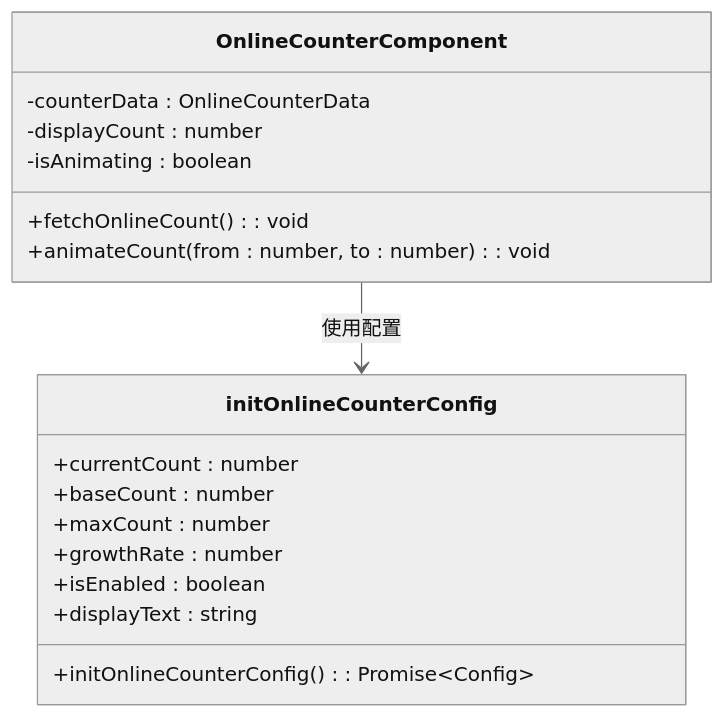
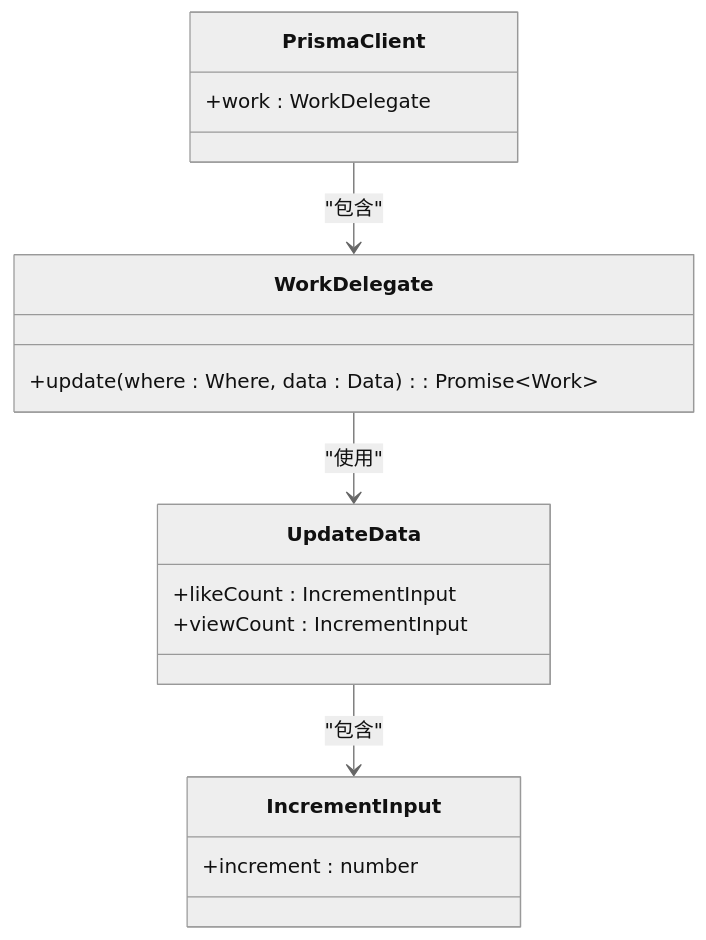
One commit to Eyre921/yunqi changed the third of 4 diagrams in .qoder/repowiki/zh/content/核心功能/互动功能.md. Above: the diagram before and after it, drawn with Mermaid (neutral theme). The commit also changed other lines of this file and 24 other files, not shown here.

````diff
--- a/.qoder/repowiki/zh/content/核心功能/互动功能.md
+++ b/.qoder/repowiki/zh/content/核心功能/互动功能.md
@@ -125,20 +96,19 @@
 ```mermaid
 classDiagram
-class initOnlineCounterConfig {
-+currentCount : number
-+baseCount : number
-+maxCount : number
-+growthRate : number
-+isEnabled : boolean
-+displayText : string
-+initOnlineCounterConfig() : Promise~Config~
+class PrismaClient {
++work : WorkDelegate
 }
-class OnlineCounterComponent {
--counterData : OnlineCounterData
--displayCount : number
--isAnimating : boolean
-+fetchOnlineCount() : void
-+animateCount(from : number, to : number) : void
+class WorkDelegate {
++update(where : Where, data : Data) : Promise~Work~
 }
-OnlineCounterComponent --> initOnlineCounterConfig : 使用配置
+class UpdateData {
++likeCount : IncrementInput
++viewCount : IncrementInput
+}
+class IncrementInput {
++increment : number
+}
+PrismaClient --> WorkDelegate : "包含"
+WorkDelegate --> UpdateData : "使用"
+UpdateData --> IncrementInput : "包含"
 ```
````
